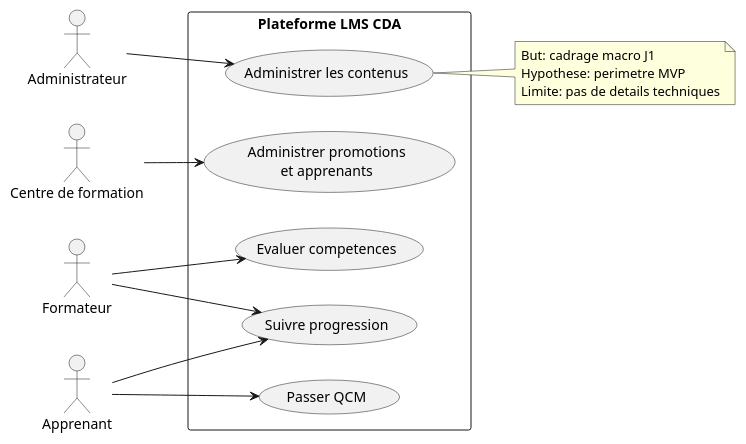
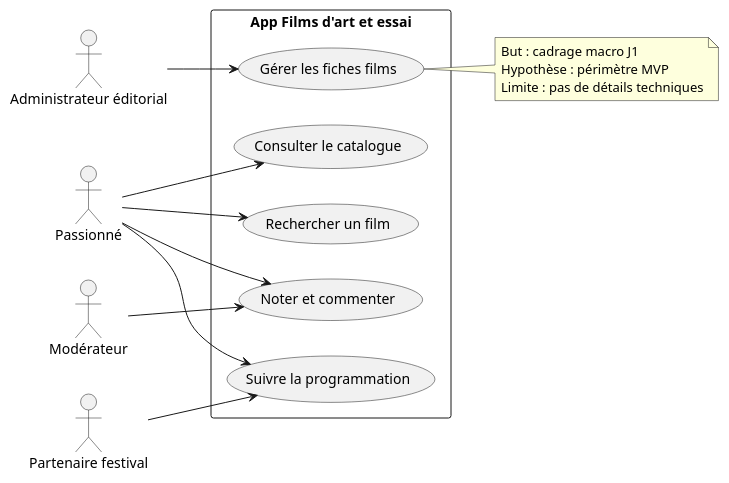
The diagram in TPs/uml/11_01_use-case-j1-lms-cda.puml (aah-supports/presentation-cda), drawn with PlantUML before and after one commit. The commit also changed 4 other files, not shown here.

Commit message:
docs: adapt J1 workshop to art-house films context with accented wording

```diff
--- a/TPs/uml/11_01_use-case-j1-lms-cda.puml
+++ b/TPs/uml/11_01_use-case-j1-lms-cda.puml
@@ -1,30 +1,31 @@
 @startuml
 left to right direction
 skinparam packageStyle rectangle
 
-actor "Administrateur" as Admin
-actor "Centre de formation" as Center
-actor "Formateur" as Trainer
-actor "Apprenant" as Learner
+actor "Administrateur éditorial" as Admin
+actor "Passionné" as Fan
+actor "Modérateur" as Mod
+actor "Partenaire festival" as Partner
 
-rectangle "Plateforme LMS CDA" {
-  usecase "Administrer les contenus" as UC1
-  usecase "Administrer promotions\net apprenants" as UC2
-  usecase "Suivre progression" as UC3
-  usecase "Passer QCM" as UC4
-  usecase "Evaluer competences" as UC5
+rectangle "App Films d'art et essai" {
+  usecase "Consulter le catalogue" as UC1
+  usecase "Rechercher un film" as UC2
+  usecase "Gérer les fiches films" as UC3
+  usecase "Noter et commenter" as UC4
+  usecase "Suivre la programmation" as UC5
 }
 
-Admin --> UC1
-Center --> UC2
-Trainer --> UC3
-Trainer --> UC5
-Learner --> UC4
-Learner --> UC3
+Fan --> UC1
+Fan --> UC2
+Fan --> UC4
+Fan --> UC5
+Admin --> UC3
+Mod --> UC4
+Partner --> UC5
 
-note right of UC1
-But: cadrage macro J1
-Hypothese: perimetre MVP
-Limite: pas de details techniques
+note right of UC3
+But : cadrage macro J1
+Hypothèse : périmètre MVP
+Limite : pas de détails techniques
 end note
 @enduml
```
